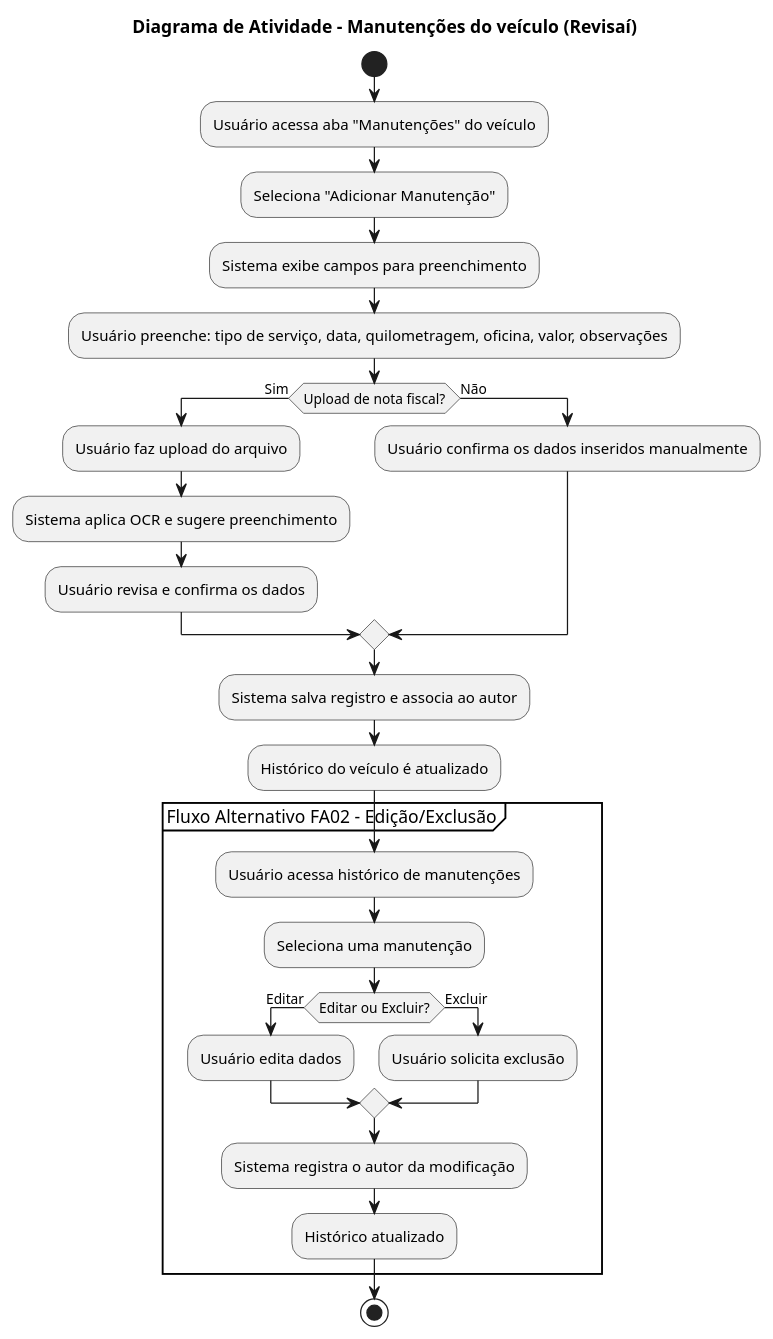
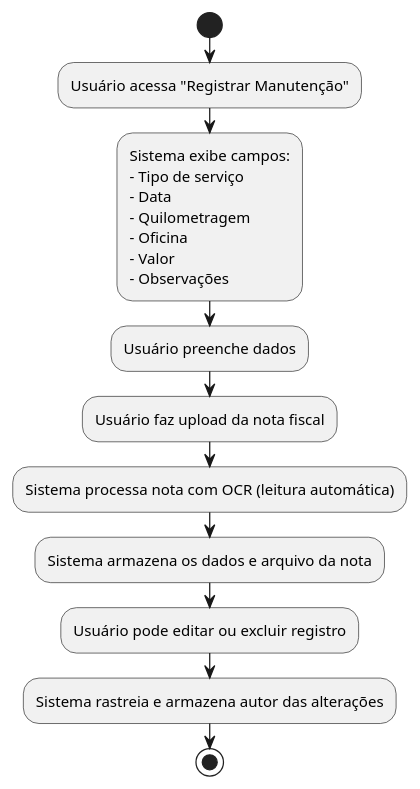
The diagram in modelos/UC_Manutenção.md (adsifs/2025.1_AOO_AV), drawn with PlantUML before and after one commit. The commit also changed other lines of this file, not shown here.

````diff
--- a/modelos/UC_Manutenção.md
+++ b/modelos/UC_Manutenção.md
@@ -3,39 +9,29 @@
 ```puml
-@startuml
+ @startuml
 start
-title Diagrama de Atividade - Manutenções do veículo (Revisaí)
 
-:Usuário acessa aba "Manutenções" do veículo;
-:Seleciona "Adicionar Manutenção";
+:Usuário acessa "Registrar Manutenção";
 
-:Sistema exibe campos para preenchimento;
-:Usuário preenche: tipo de serviço, data, quilometragem, oficina, valor, observações;
+:Sistema exibe campos:
+- Tipo de serviço
+- Data
+- Quilometragem
+- Oficina
+- Valor
+- Observações;
 
-if (Upload de nota fiscal?) then (Sim)
-  :Usuário faz upload do arquivo;
-  :Sistema aplica OCR e sugere preenchimento;
-  :Usuário revisa e confirma os dados;
-else (Não)
-  :Usuário confirma os dados inseridos manualmente;
-endif
+:Usuário preenche dados;
 
-:Sistema salva registro e associa ao autor;
-:Histórico do veículo é atualizado;
+:Usuário faz upload da nota fiscal;
 
-partition "Fluxo Alternativo FA02 - Edição/Exclusão" {
-  :Usuário acessa histórico de manutenções;
-  :Seleciona uma manutenção;
+:Sistema processa nota com OCR (leitura automática);
 
-  if (Editar ou Excluir?) then (Editar)
-    :Usuário edita dados;
-  else (Excluir)
-    :Usuário solicita exclusão;
-  endif
+:Sistema armazena os dados e arquivo da nota;
 
-  :Sistema registra o autor da modificação;
-  :Histórico atualizado;
-}
+:Usuário pode editar ou excluir registro;
+
+:Sistema rastreia e armazena autor das alterações;
 
 stop
 @enduml
 ```
````
